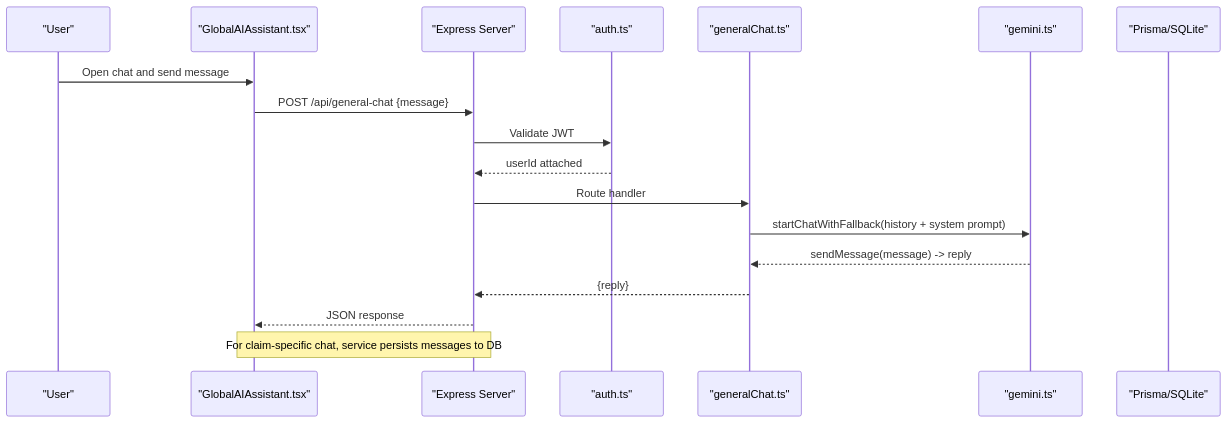
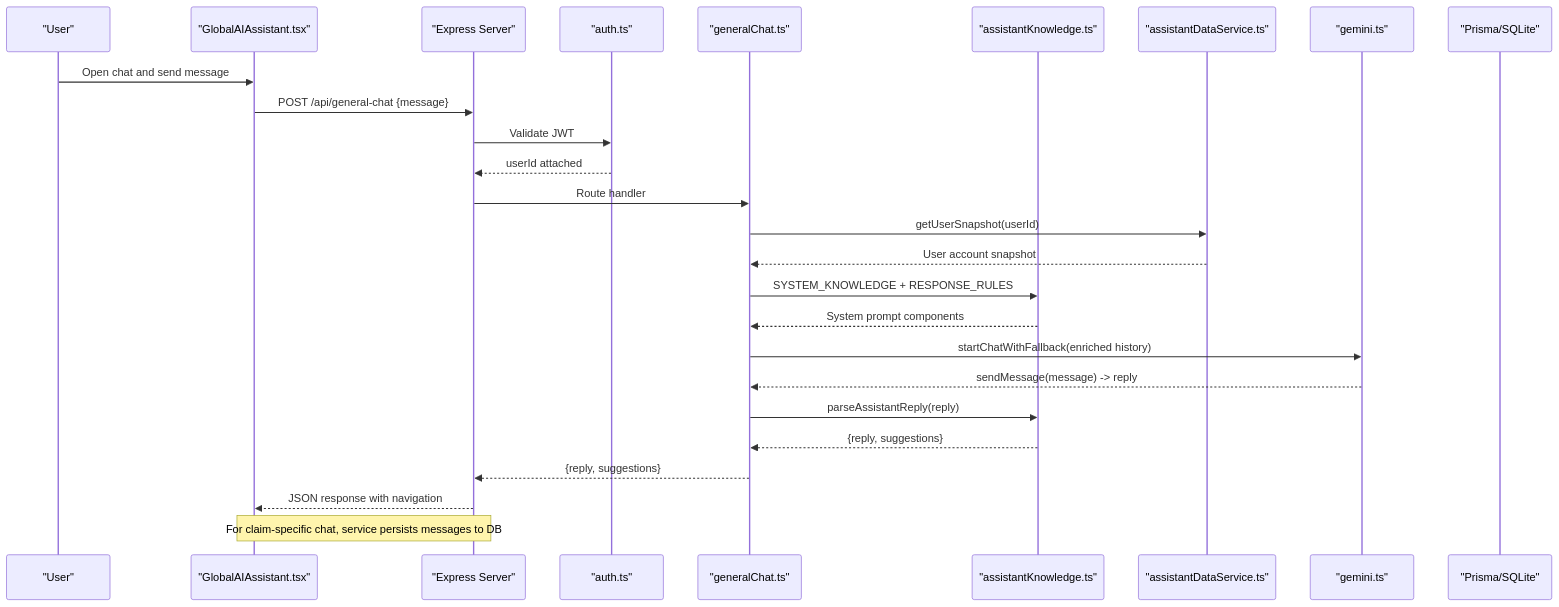
One commit to NaveenHiranya/Smart-Vehicle-Insurance-Claim-System changed the second of 7 diagrams in .qoder/repowiki/en/content/Frontend Documentation/Global AI Assistant.md. Above: the diagram before and after it, drawn with Mermaid. The commit also changed other lines of this file and 17 other files, not shown here.

````diff
--- a/.qoder/repowiki/en/content/Frontend Documentation/Global AI Assistant.md
+++ b/.qoder/repowiki/en/content/Frontend Documentation/Global AI Assistant.md
@@ -110,20 +138,28 @@
 ```mermaid
 sequenceDiagram
 participant U as "User"
 participant FE as "GlobalAIAssistant.tsx"
 participant API as "Express Server"
 participant AUTH as "auth.ts"
 participant ROUTE as "generalChat.ts"
+participant KNOW as "assistantKnowledge.ts"
+participant DATA as "assistantDataService.ts"
 participant GEM as "gemini.ts"
 participant DB as "Prisma/SQLite"
 U->>FE : Open chat and send message
 FE->>API : POST /api/general-chat {message}
 API->>AUTH : Validate JWT
 AUTH-->>API : userId attached
 API->>ROUTE : Route handler
-ROUTE->>GEM : startChatWithFallback(history + system prompt)
+ROUTE->>DATA : getUserSnapshot(userId)
+DATA-->>ROUTE : User account snapshot
+ROUTE->>KNOW : SYSTEM_KNOWLEDGE + RESPONSE_RULES
+KNOW-->>ROUTE : System prompt components
+ROUTE->>GEM : startChatWithFallback(enriched history)
 GEM-->>ROUTE : sendMessage(message) -> reply
-ROUTE-->>API : {reply}
-API-->>FE : JSON response
+ROUTE->>KNOW : parseAssistantReply(reply)
+KNOW-->>ROUTE : {reply, suggestions}
+ROUTE-->>API : {reply, suggestions}
+API-->>FE : JSON response with navigation
 Note over FE,API : For claim-specific chat, service persists messages to DB
 ```
````
